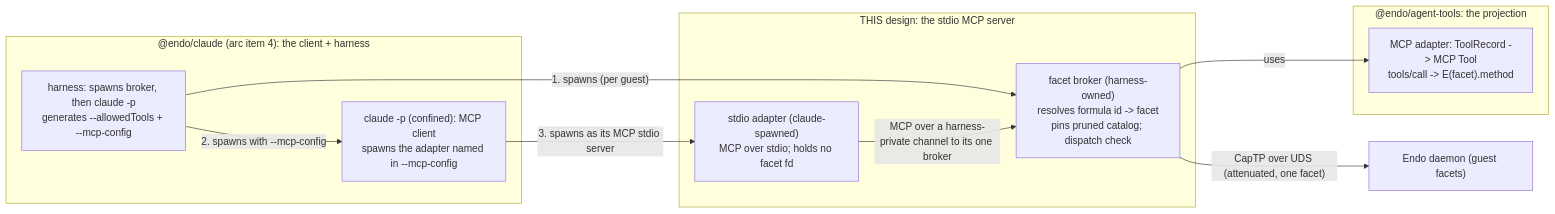
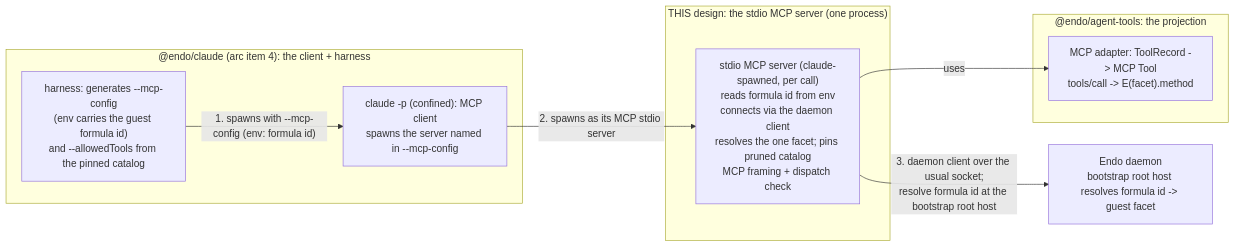
One commit to endojs/endo-but-for-bots changed the diagram in designs/endo-guest-stdio-mcp.md. Above: the diagram before and after it, drawn with Mermaid. The commit also changed other lines of this file and 1 other file, not shown here.

````diff
--- a/designs/endo-guest-stdio-mcp.md
+++ b/designs/endo-guest-stdio-mcp.md
@@ -67,21 +87,18 @@
 ```mermaid
 flowchart LR
   subgraph claude["@endo/claude (arc item 4): the client + harness"]
-    HARNESS["harness: spawns broker, then claude -p<br/>generates --allowedTools + --mcp-config"]
-    CLAUDE["claude -p (confined): MCP client<br/>spawns the adapter named in --mcp-config"]
+    HARNESS["harness: generates --mcp-config<br/>(env carries the guest formula id)<br/>and --allowedTools from the pinned catalog"]
+    CLAUDE["claude -p (confined): MCP client<br/>spawns the server named in --mcp-config"]
   end
-  subgraph thisdoc["THIS design: the stdio MCP server"]
-    ADAPTER["stdio adapter (claude-spawned)<br/>MCP over stdio; holds no facet fd"]
-    BROKER["facet broker (harness-owned)<br/>resolves formula id -> facet<br/>pins pruned catalog; dispatch check"]
+  subgraph thisdoc["THIS design: the stdio MCP server (one process)"]
+    SERVER["stdio MCP server (claude-spawned, per call)<br/>reads formula id from env<br/>connects via the daemon client<br/>resolves the one facet; pins pruned catalog<br/>MCP framing + dispatch check"]
   end
   subgraph proj["@endo/agent-tools: the projection"]
     ADP["MCP adapter: ToolRecord -> MCP Tool<br/>tools/call -> E(facet).method"]
   end
-  DAEMON["Endo daemon (guest facets)"]
-  HARNESS -->|"1. spawns (per guest)"| BROKER
-  HARNESS -->|"2. spawns with --mcp-config"| CLAUDE
-  CLAUDE -->|"3. spawns as its MCP stdio server"| ADAPTER
-  ADAPTER -->|"MCP over a harness-private channel to its one broker"| BROKER
-  BROKER -->|uses| ADP
-  BROKER -->|"CapTP over UDS (attenuated, one facet)"| DAEMON
+  DAEMON["Endo daemon<br/>bootstrap root host resolves formula id -> guest facet"]
+  HARNESS -->|"1. spawns with --mcp-config (env: formula id)"| CLAUDE
+  CLAUDE -->|"2. spawns as its MCP stdio server"| SERVER
+  SERVER -->|uses| ADP
+  SERVER -->|"3. daemon client over the usual socket;<br/>resolve formula id at the bootstrap root host"| DAEMON
 ```
````
